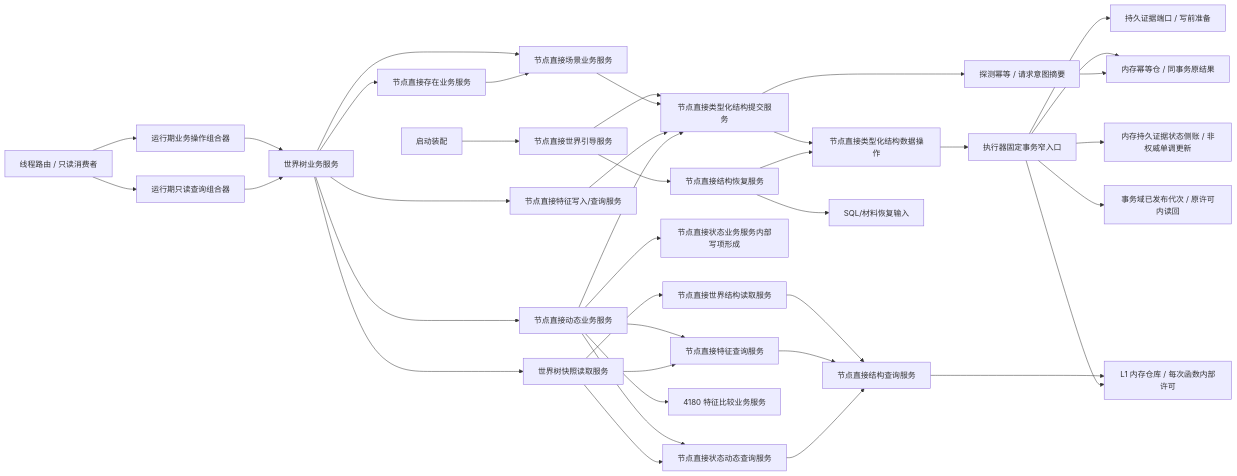
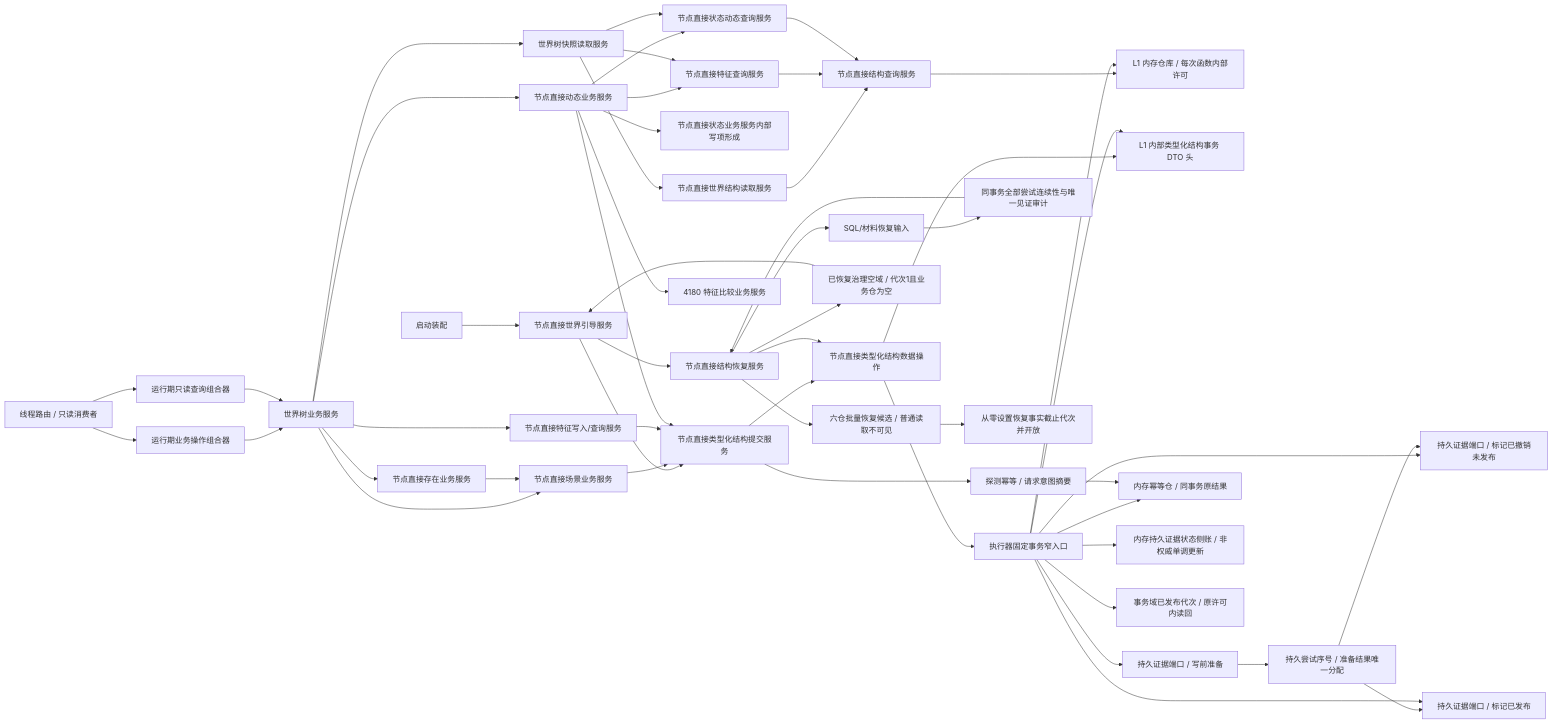
The diagram in 规范/详细设计/函数结构知识图谱/20260802_WORLD-TREE-P1_函数结构知识图谱_v0.1.md (chunhaizh-cyber/HY-Ego), drawn with Mermaid before and after one commit. The commit also changed other lines of this file and 9 other files, not shown here.

````diff
--- a/规范/详细设计/函数结构知识图谱/20260802_WORLD-TREE-P1_函数结构知识图谱_v0.1.md
+++ b/规范/详细设计/函数结构知识图谱/20260802_WORLD-TREE-P1_函数结构知识图谱_v0.1.md
@@ -7,41 +7,54 @@
 ```mermaid
 flowchart LR
     BOOT["启动装配"] --> GUIDE["节点直接世界引导服务"]
     GUIDE --> REC["节点直接结构恢复服务"]
     GUIDE --> SUBMIT["节点直接类型化结构提交服务"]
     R["线程路由 / 只读消费者"] --> WO["运行期业务操作组合器"]
     R --> WQ["运行期只读查询组合器"]
     WO --> W["世界树业务服务"]
     WQ --> W
     W --> E["节点直接存在业务服务"]
     W --> S["节点直接场景业务服务"]
     W --> F["节点直接特征写入/查询服务"]
     W --> DY["节点直接动态业务服务"]
     W --> QS["世界树快照读取服务"]
     E --> S
     S --> SUBMIT
     F --> SUBMIT
     DY --> ST["节点直接状态业务服务内部写项形成"]
     DY --> SDQ
     DY --> FQ
     DY --> CMP["4180 特征比较业务服务"]
     DY --> SUBMIT
     QS --> WS["节点直接世界结构读取服务"]
     QS --> FQ["节点直接特征查询服务"]
     QS --> SDQ["节点直接状态动态查询服务"]
     WS --> QUERY["节点直接结构查询服务"]
     FQ --> QUERY
     SDQ --> QUERY
     QUERY --> MEM["L1 内存仓库 / 每次函数内部许可"]
     SUBMIT --> DATAOP["节点直接类型化结构数据操作"]
     REC --> DATAOP
     DATAOP --> TX["执行器固定事务窄入口"]
+    DATAOP --> TXDTO["L1 内部类型化结构事务 DTO 头"]
+    TX --> TXDTO
     TX --> PREP["持久证据端口 / 写前准备"]
+    PREP --> ATTEMPT["持久尝试序号 / 准备结果唯一分配"]
+    TX --> ABORT["持久证据端口 / 标记已撤销未发布"]
+    ATTEMPT --> ABORT
+    ATTEMPT --> WITNESS["持久证据端口 / 标记已发布"]
+    TX --> WITNESS
     TX --> IDEM["内存幂等仓 / 同事务原结果"]
     SUBMIT --> IDEM_PROBE["探测幂等 / 请求意图摘要"]
     IDEM_PROBE --> IDEM
     TX --> PSTATE["内存持久证据状态侧账 / 非权威单调更新"]
     TX --> GEN["事务域已发布代次 / 原许可内读回"]
     TX --> MEM
     REC --> SQL["SQL/材料恢复输入"]
+    SQL --> AUDIT["同事务全部尝试连续性与唯一见证审计"]
+    AUDIT --> REC
+    REC --> GOVEMPTY["已恢复治理空域 / 代次1且业务仓为空"]
+    REC --> SHADOW["六仓批量恢复候选 / 普通读取不可见"]
+    SHADOW --> OPEN["从零设置恢复事实截止代次并开放"]
+    GOVEMPTY --> GUIDE
 ```
````
